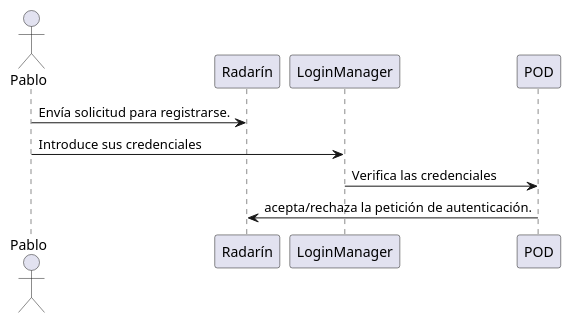
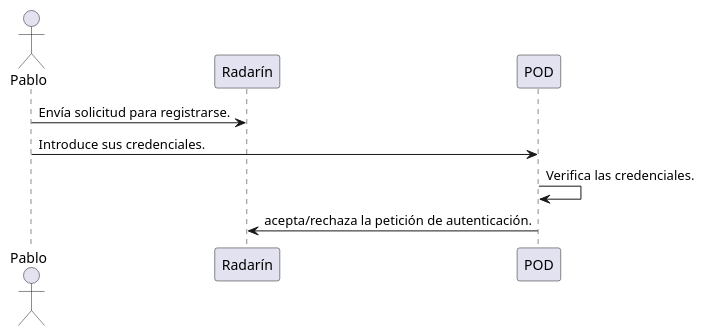
One commit to Arquisoft/radarin_es4a changed the first of 9 diagrams in webapp/docs/06_runtime_view.adoc. Above: the diagram before and after it, drawn with PlantUML. The commit also changed other lines of this file and 8 other files, not shown here.

```diff
--- a/webapp/docs/06_runtime_view.adoc
+++ b/webapp/docs/06_runtime_view.adoc
@@ -46,11 +47,10 @@
-[plantuml,"inicio_de_sesion",png]
+[plantuml,"inicio_de_sesion_web",png]
 ----
 actor Pablo
 participant  "Radarín"
-participant "LoginManager"
 participant "POD"
 Pablo -> "Radarín": Envía solicitud para registrarse.
-Pablo -> "LoginManager": Introduce sus credenciales
-"LoginManager" -> "POD": Verifica las credenciales
+Pablo -> "POD": Introduce sus credenciales.
+"POD" -> "POD": Verifica las credenciales.
 "POD" -> "Radarín": acepta/rechaza la petición de autenticación.
 ----
```
